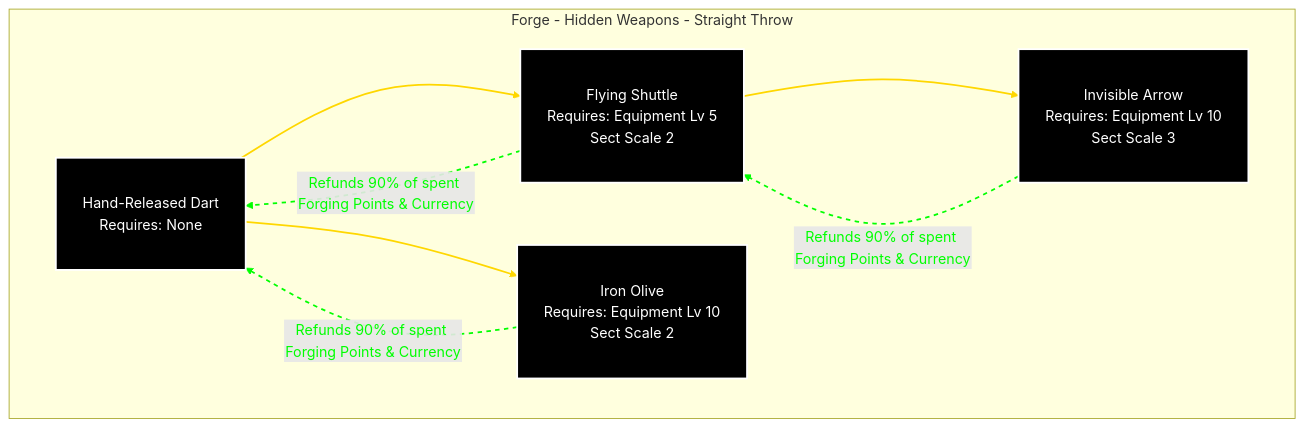
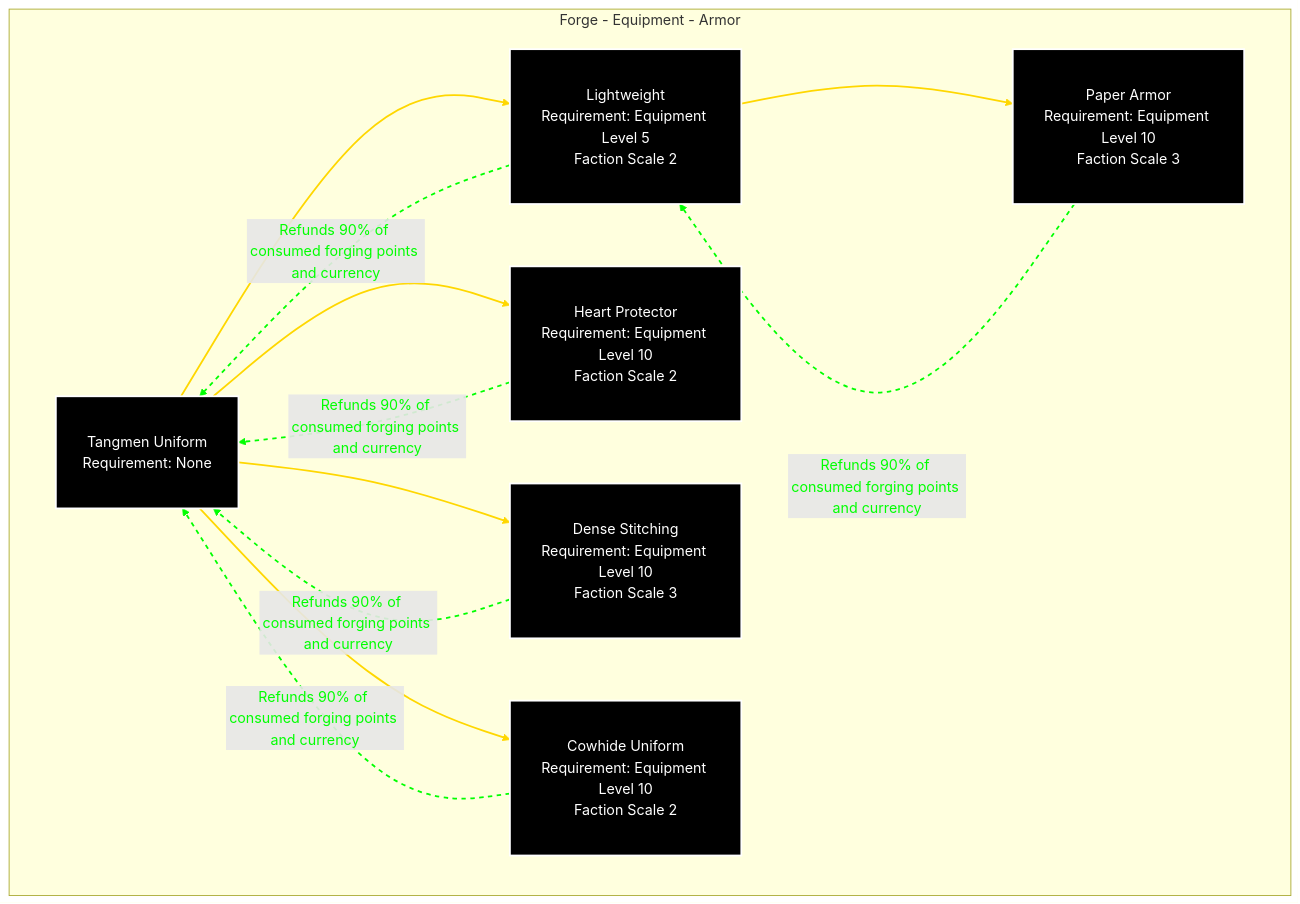
One commit to Mr-Smilin/LoM-wiki changed the second of 7 diagrams in docs/en/system/forge-roadmap.md. Above: the diagram before and after it, drawn with Mermaid. The commit also changed other lines of this file and 1 other file, not shown here.

Commit message:
1. add 猛火油櫃、瀝泉小劍、紙甲

````diff
--- a/docs/en/system/forge-roadmap.md
+++ b/docs/en/system/forge-roadmap.md
@@ -65,38 +74,54 @@
 ```mermaid
 %%{init: {
   'flowchart': {
     'nodeSpacing': 70,
     'rankSpacing': 80,
     'theme': 'dark'
   }
 } }%%
 graph TB
-  subgraph Forge - Hidden Weapons - Straight Throw
-    A[Hand-Released Dart<br>Requires: None]
-    B[Flying Shuttle<br>Requires: Equipment Lv 5<br>Sect Scale 2]
-    C[Invisible Arrow<br>Requires: Equipment Lv 10<br>Sect Scale 3]
-    D[Iron Olive<br>Requires: Equipment Lv 10<br>Sect Scale 2]
+  subgraph Forge - Equipment - Armor
+    A[Tangmen Uniform<br>Requirement: None]
+    B[Lightweight<br>Requirement: Equipment Level 5<br>Faction Scale 2]
+    C[Heart Protector<br>Requirement: Equipment Level 10<br>Faction Scale 2]
+    D[Dense Stitching<br>Requirement: Equipment Level 10<br>Faction Scale 3]
+    E[Cowhide Uniform<br>Requirement: Equipment Level 10<br>Faction Scale 2]
+    F[Paper Armor<br>Requirement: Equipment Level 10<br>Faction Scale 3]
   end
 
+  %% Upgrade Arrows (Yellow) + Text
   A --> B
-  B --> C
+  A --> C
   A --> D
+  A --> E
+  B --> F
 
-  B -.->|<font color='#00FF00'>Refunds 90% of spent Forging Points & Currency</font>| A
-  C -.->|<font color='#00FF00'>Refunds 90% of spent Forging Points & Currency</font>| B
-  D -.->|<font color='#00FF00'>Refunds 90% of spent Forging Points & Currency</font>| A
+  %% Refund Arrows (Green) + Text
+  B -.->|<font color='#00FF00'>Refunds 90% of consumed forging points and currency</font>| A
+  C -.->|<font color='#00FF00'>Refunds 90% of consumed forging points and currency</font>| A
+  D -.->|<font color='#00FF00'>Refunds 90% of consumed forging points and currency</font>| A
+  E -.->|<font color='#00FF00'>Refunds 90% of consumed forging points and currency</font>| A
+  F -.->|<font color='#00FF00'>Refunds 90% of consumed forging points and currency</font>| B
   
+  %% Custom Arrow Styles and Text Colors
   linkStyle 0 stroke:#FFD700,stroke-width:2px
   linkStyle 1 stroke:#FFD700,stroke-width:2px
   linkStyle 2 stroke:#FFD700,stroke-width:2px
-  linkStyle 3 stroke:#00FF00,stroke-width:2px,stroke-dasharray:5,5
-  linkStyle 4 stroke:#00FF00,stroke-width:2px,stroke-dasharray:5,5
+  linkStyle 3 stroke:#FFD700,stroke-width:2px
+  linkStyle 4 stroke:#FFD700,stroke-width:2px
   linkStyle 5 stroke:#00FF00,stroke-width:2px,stroke-dasharray:5,5
+  linkStyle 6 stroke:#00FF00,stroke-width:2px,stroke-dasharray:5,5
+  linkStyle 7 stroke:#00FF00,stroke-width:2px,stroke-dasharray:5,5
+  linkStyle 8 stroke:#00FF00,stroke-width:2px,stroke-dasharray:5,5
+  linkStyle 9 stroke:#00FF00,stroke-width:2px,stroke-dasharray:5,5
 
+  %% Node Style Settings
   classDef default padding:15px,margin:10px,fill:#000,color:#FFF
-  style A stroke:#FFF,stroke-width:2px,fill:#000,color:#FFF
-  style B stroke:#FFF,stroke-width:2px,fill:#000,color:#FFF
-  style C stroke:#FFF,stroke-width:2px,fill:#000,color:#FFF
-  style D stroke:#FFF,stroke-width:2px,fill:#000,color:#FFF
+  style A stroke:#FFF,stroke-width:2px,padding:15px,margin:10px,fill:#000,color:#FFF
+  style B stroke:#FFF,stroke-width:2px,padding:15px,margin:10px,fill:#000,color:#FFF
+  style C stroke:#FFF,stroke-width:2px,padding:15px,margin:10px,fill:#000,color:#FFF
+  style D stroke:#FFF,stroke-width:2px,padding:15px,margin:10px,fill:#000,color:#FFF
+  style E stroke:#FFF,stroke-width:2px,padding:15px,margin:10px,fill:#000,color:#FFF
+  style F stroke:#FFF,stroke-width:2px,padding:15px,margin:10px,fill:#000,color:#FFF
 
 ```
````
